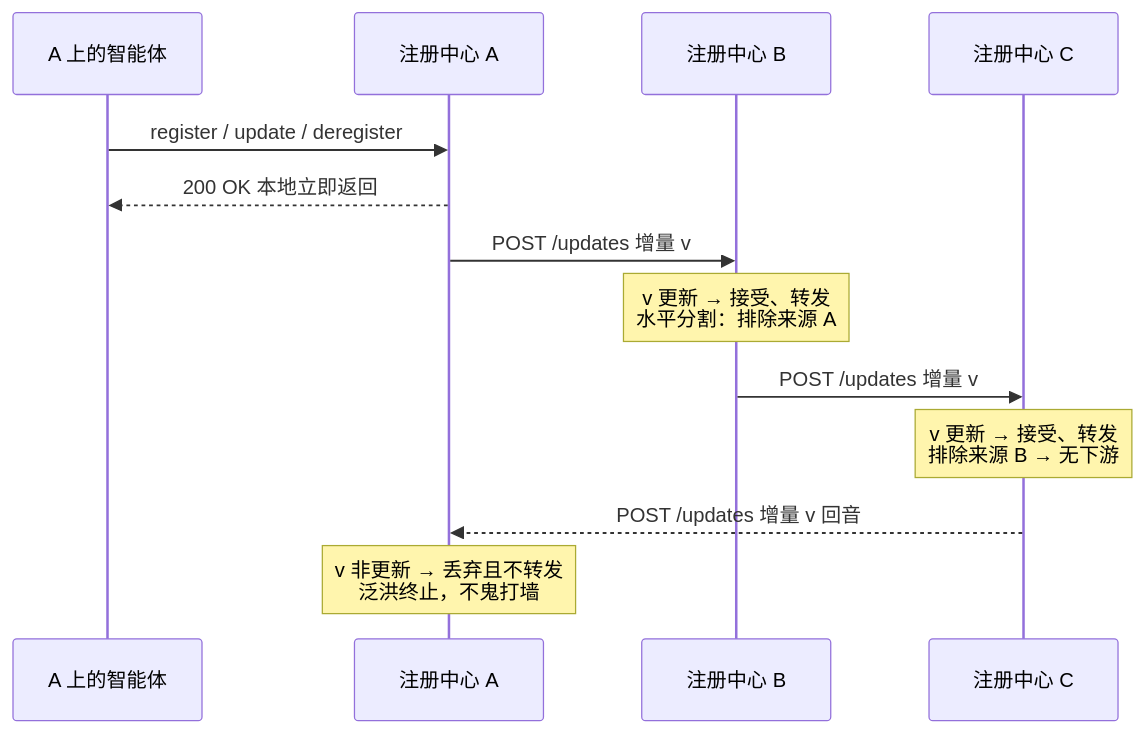
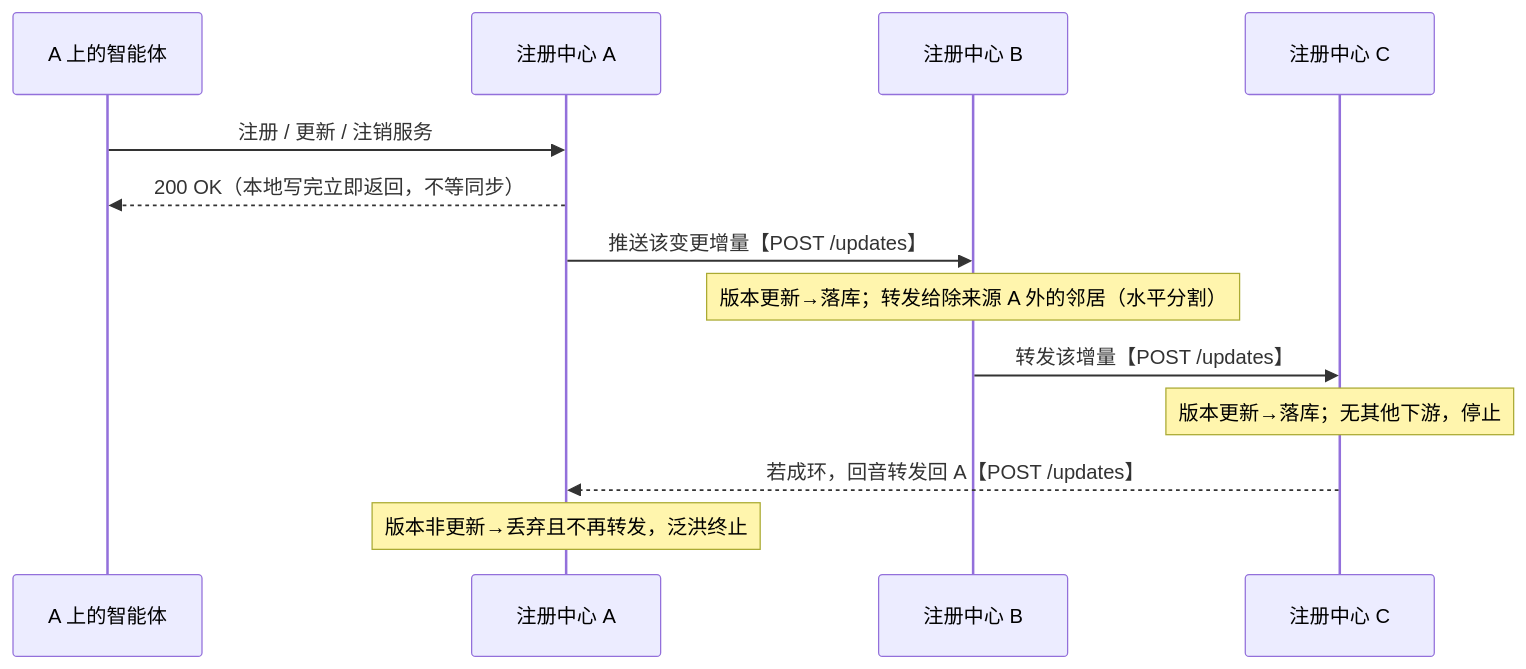
Before and after one commit to Weizheng96/A2X-registry: the second of 6 diagrams in docs/cluster_design.md, drawn with Mermaid. The commit also changed other lines of this file, not shown here.

First line of the commit message:
docs(cluster): add class diagram; action-oriented sequences; restructure interfaces

````diff
--- a/docs/cluster_design.md
+++ b/docs/cluster_design.md
@@ -87,15 +89,15 @@
 ```mermaid
 sequenceDiagram
     participant Ag as A 上的智能体
     participant A as 注册中心 A
     participant B as 注册中心 B
     participant C as 注册中心 C
-    Ag->>A: register / update / deregister
-    A-->>Ag: 200 OK 本地立即返回
-    A->>B: POST /updates 增量 v
-    Note over B: v 更新 → 接受、转发<br/>水平分割：排除来源 A
-    B->>C: POST /updates 增量 v
-    Note over C: v 更新 → 接受、转发<br/>排除来源 B → 无下游
-    C-->>A: POST /updates 增量 v 回音
-    Note over A: v 非更新 → 丢弃且不转发<br/>泛洪终止，不鬼打墙
+    Ag->>A: 注册 / 更新 / 注销服务
+    A-->>Ag: 200 OK（本地写完立即返回，不等同步）
+    A->>B: 推送该变更增量【POST /updates】
+    Note over B: 版本更新→落库；转发给除来源 A 外的邻居（水平分割）
+    B->>C: 转发该增量【POST /updates】
+    Note over C: 版本更新→落库；无其他下游，停止
+    C-->>A: 若成环，回音转发回 A【POST /updates】
+    Note over A: 版本非更新→丢弃且不再转发，泛洪终止
 ```
````
